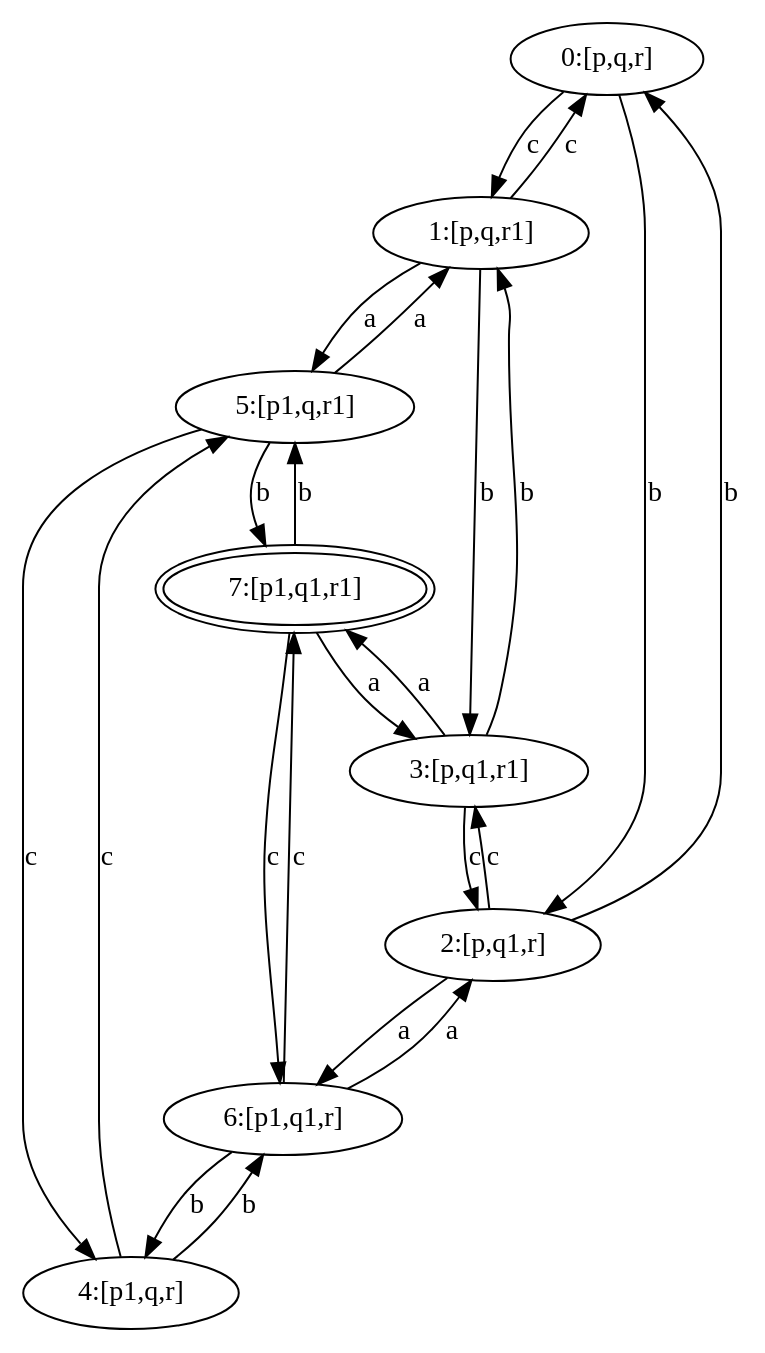
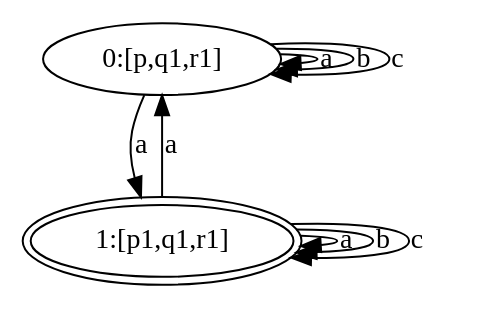
Before and after one commit to pghiraldelli/trabalhoLogProg: the diagram in pergunta3.dot, drawn with Graphviz. The commit also changed 10 other files, not shown here.

```diff
--- a/pergunta3.dot
+++ b/pergunta3.dot
@@ -1,1 +1,1 @@
-digraph G { 0[label ="0:[p,q,r]"] ; 1[label ="1:[p,q,r1]"] ; 2[label ="2:[p,q1,r]"] ; 3[label ="3:[p,q1,r1]"] ; 4[label ="4:[p1,q,r]"] ; 5[label ="5:[p1,q,r1]"] ; 6[label ="6:[p1,q1,r]"] ; 7[label ="7:[p1,q1,r1]",peripheries = 2] ; 0 -> 1 [label=c] ; 0 -> 2 [label=b] ; 1 -> 0 [label=c] ; 1 -> 3 [label=b] ; 1 -> 5 [label=a] ; 2 -> 0 [label=b] ; 2 -> 3 [label=c] ; 2 -> 6 [label=a] ; 3 -> 1 [label=b] ; 3 -> 2 [label=c] ; 3 -> 7 [label=a] ; 4 -> 5 [label=c] ; 4 -> 6 [label=b] ; 5 -> 1 [label=a] ; 5 -> 4 [label=c] ; 5 -> 7 [label=b] ; 6 -> 2 [label=a] ; 6 -> 4 [label=b] ; 6 -> 7 [label=c] ; 7 -> 3 [label=a] ; 7 -> 5 [label=b] ; 7 -> 6 [label=c] }
+digraph G { 0[label ="0:[p,q1,r1]"] ; 1[label ="1:[p1,q1,r1]",peripheries = 2] ; 0 -> 0 [label=a] ; 0 -> 0 [label=b] ; 0 -> 0 [label=c] ; 0 -> 1 [label=a] ; 1 -> 0 [label=a] ; 1 -> 1 [label=a] ; 1 -> 1 [label=b] ; 1 -> 1 [label=c] }
```
